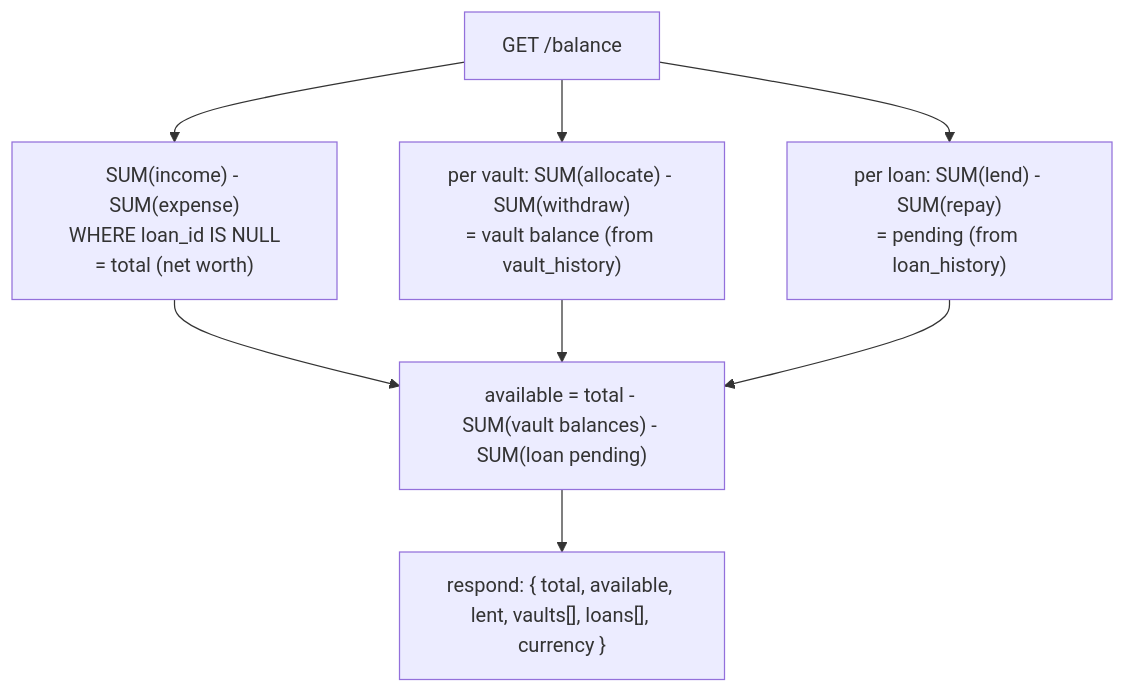
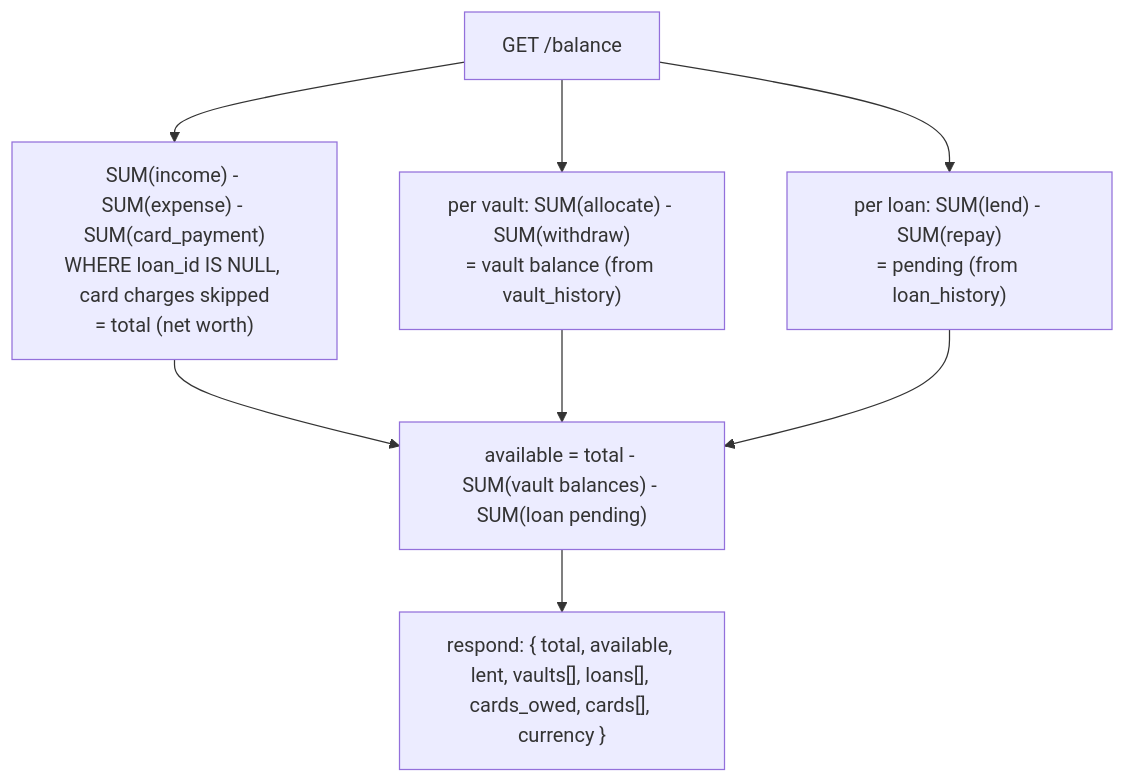
Before and after one commit to JayroGG/balance: the second of 8 diagrams in ARCHITECTURE.md, drawn with Mermaid. The commit also changed other lines of this file and 38 other files, not shown here.

First line of the commit message:
feat(cards): credit cards, negative available and multiple categories (#12)

````diff
--- a/ARCHITECTURE.md
+++ b/ARCHITECTURE.md
@@ -121,10 +138,10 @@
 ```mermaid
 flowchart TD
-    A["GET /balance"] --> B["SUM(income) - SUM(expense)<br/>WHERE loan_id IS NULL<br/>= total (net worth)"]
+    A["GET /balance"] --> B["SUM(income) - SUM(expense) - SUM(card_payment)<br/>WHERE loan_id IS NULL, card charges skipped<br/>= total (net worth)"]
     A --> C["per vault: SUM(allocate) - SUM(withdraw)<br/>= vault balance (from vault_history)"]
     A --> L["per loan: SUM(lend) - SUM(repay)<br/>= pending (from loan_history)"]
     B --> D["available = total - SUM(vault balances) - SUM(loan pending)"]
     C --> D
     L --> D
-    D --> E["respond: { total, available, lent, vaults[], loans[], currency }"]
+    D --> E["respond: { total, available, lent, vaults[], loans[], cards_owed, cards[], currency }"]
 ```
````
